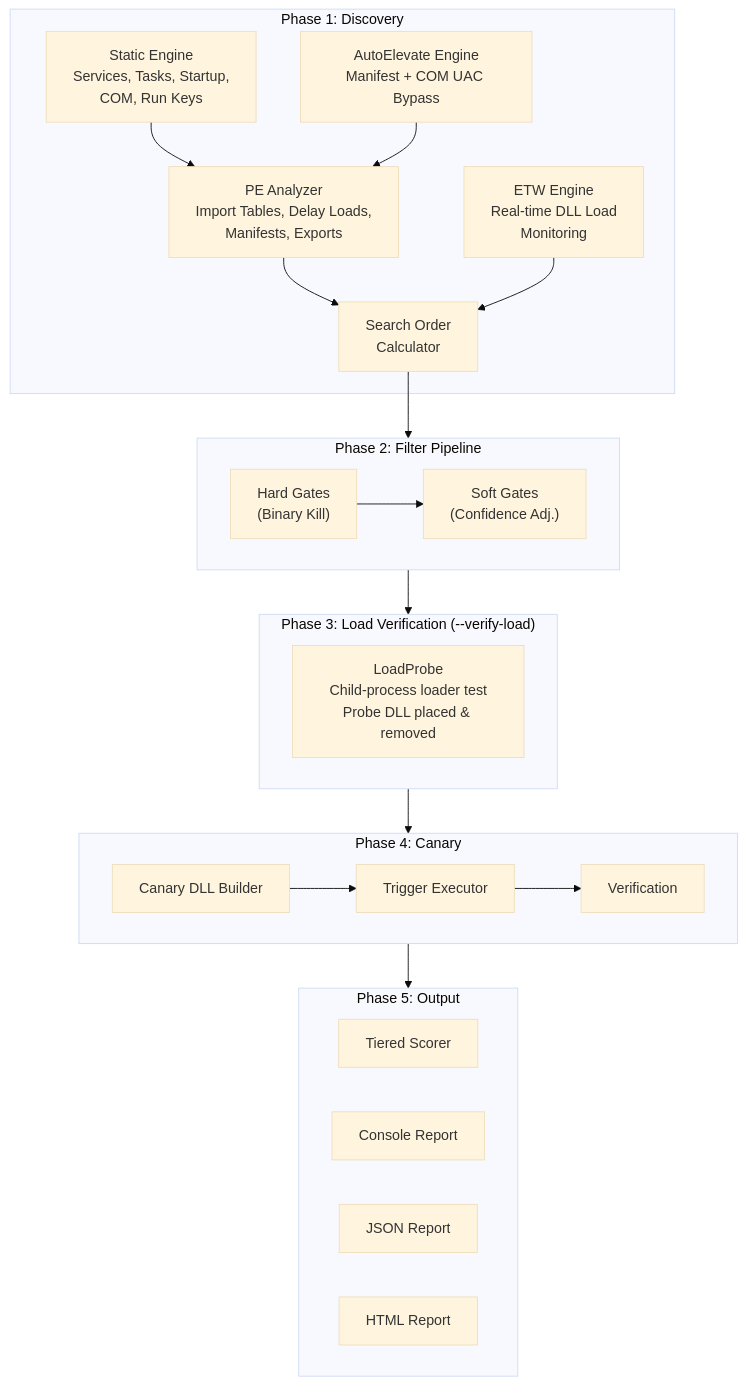
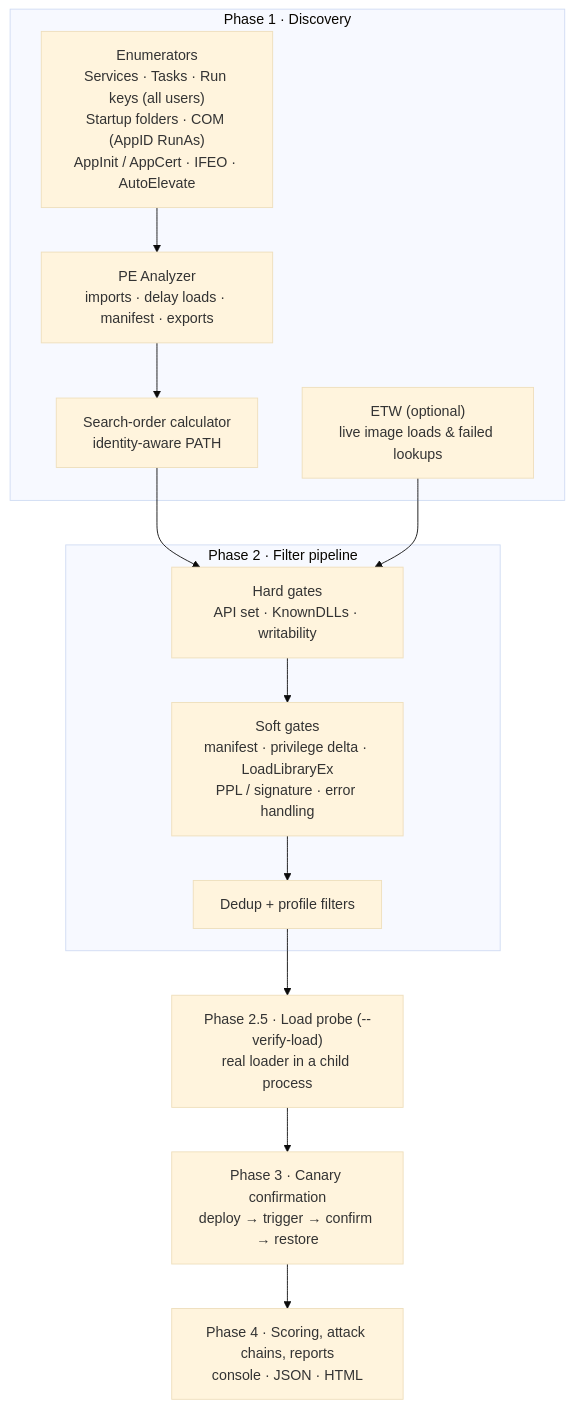
One commit to projectmerai/DLLHijackHunter changed the first of 2 diagrams in README.md. Above: the diagram before and after it, drawn with Mermaid (base theme). The commit also changed other lines of this file, not shown here.

````diff
--- a/README.md
+++ b/README.md
@@ -35,43 +78,23 @@
 ```mermaid
 flowchart TB
-    subgraph Phase1["Phase 1: Discovery"]
-        SE["Static Engine<br/>Services, Tasks, Startup,<br/>COM, Run Keys"]
-        AE["AutoElevate Engine<br/>Manifest + COM UAC Bypass"]
-        PE["PE Analyzer<br/>Import Tables, Delay Loads,<br/>Manifests, Exports"]
-        ETW["ETW Engine<br/>Real-time DLL Load<br/>Monitoring"]
-        SO["Search Order<br/>Calculator"]
+    subgraph P1["Phase 1 · Discovery"]
+        EN["Enumerators<br/>Services · Tasks · Run keys (all users)<br/>Startup folders · COM (AppID RunAs)<br/>AppInit / AppCert · IFEO · AutoElevate"]
+        PE["PE Analyzer<br/>imports · delay loads · manifest · exports"]
+        SO["Search-order calculator<br/>identity-aware PATH"]
+        ETW["ETW (optional)<br/>live image loads & failed lookups"]
     end
 
-    subgraph Phase2["Phase 2: Filter Pipeline"]
-        direction LR
-        HG["Hard Gates<br/>(Binary Kill)"]
-        SG["Soft Gates<br/>(Confidence Adj.)"]
+    subgraph P2["Phase 2 · Filter pipeline"]
+        HG["Hard gates<br/>API set · KnownDLLs · writability"]
+        SG["Soft gates<br/>manifest · privilege delta · LoadLibraryEx<br/>PPL / signature · error handling"]
+        DD["Dedup + profile filters"]
     end
 
-    subgraph Phase3["Phase 3: Load Verification (--verify-load)"]
-        LP["LoadProbe<br/>Child-process loader test<br/>Probe DLL placed &amp; removed"]
-    end
+    P25["Phase 2.5 · Load probe (--verify-load)<br/>real loader in a child process"]
+    P3["Phase 3 · Canary confirmation<br/>deploy → trigger → confirm → restore"]
+    P4["Phase 4 · Scoring, attack chains, reports<br/>console · JSON · HTML"]
 
-    subgraph Phase4["Phase 4: Canary"]
-        CB["Canary DLL Builder"]
-        TE["Trigger Executor"]
-        VF["Verification"]
-    end
-
-    subgraph Phase5["Phase 5: Output"]
-        SC["Tiered Scorer"]
-        RC["Console Report"]
-        RJ["JSON Report"]
-        RH["HTML Report"]
-    end
-
-    SE --> PE --> SO
-    AE --> PE
-    ETW --> SO
-    SO --> Phase2
-    HG --> SG
-    Phase2 --> Phase3
-    Phase3 --> Phase4
-    CB --> TE --> VF
-    Phase4 --> Phase5
+    EN --> PE --> SO --> HG
+    ETW --> HG
+    HG --> SG --> DD --> P25 --> P3 --> P4
 ```
````
